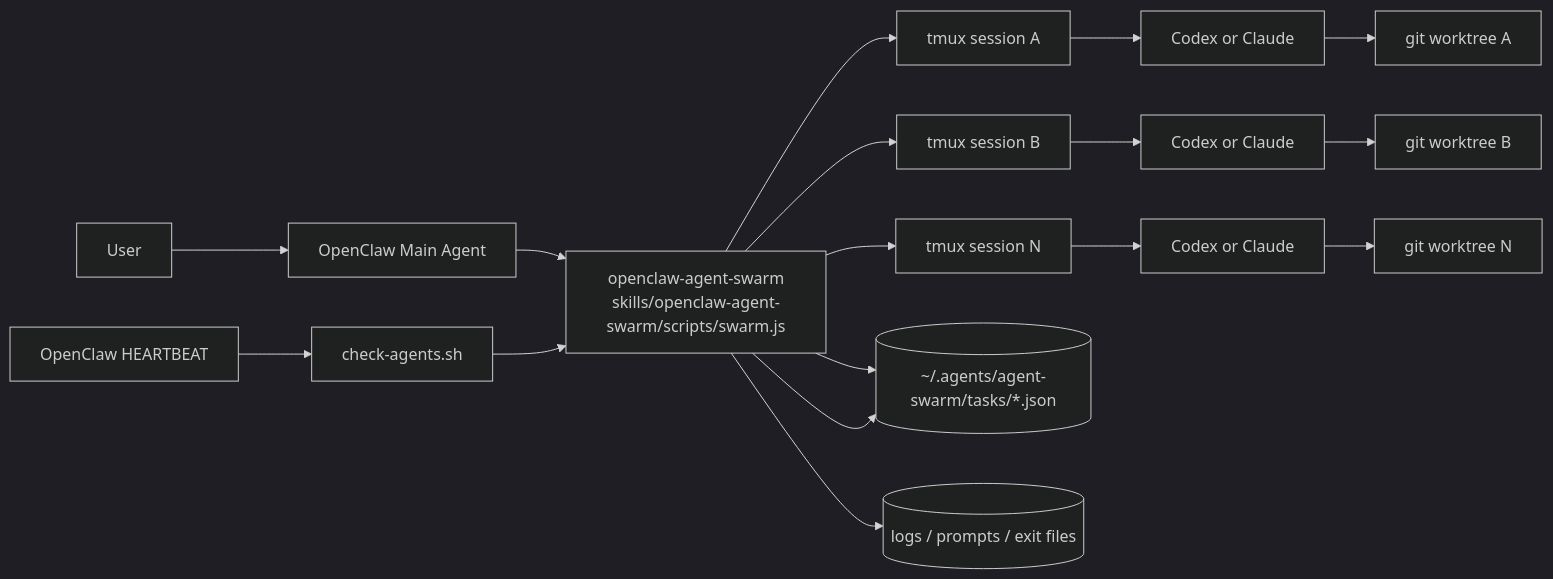
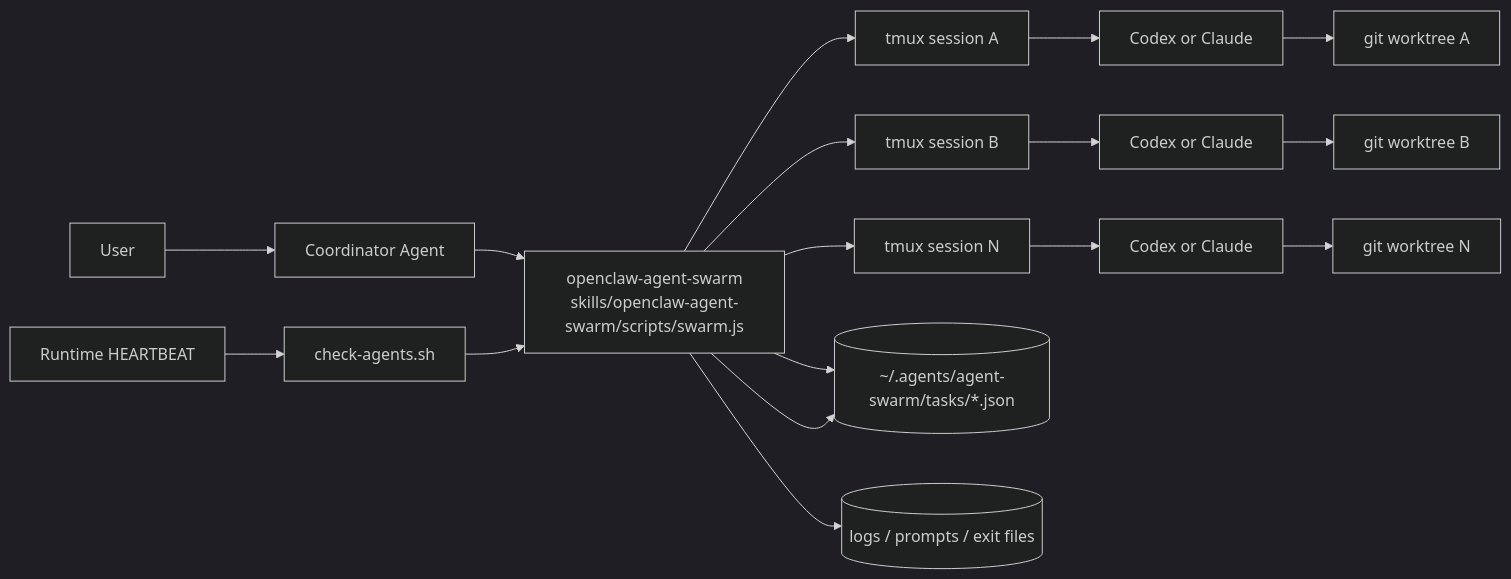
One commit to youzaiAGI/openclaw-agent-swarm-skills changed the first of 2 diagrams in README.md. Above: the diagram before and after it, drawn with Mermaid (dark theme). The commit also changed other lines of this file and 5 other files, not shown here.

````diff
--- a/README.md
+++ b/README.md
@@ -49,24 +49,24 @@
 ```mermaid
 flowchart LR
-    U[User] --> OC[OpenClaw Main Agent]
+    U[User] --> OC[Coordinator Agent]
     OC --> S[openclaw-agent-swarm\nskills/openclaw-agent-swarm/scripts/swarm.js]
 
     S --> T1[tmux session A]
     S --> T2[tmux session B]
     S --> T3[tmux session N]
 
     T1 --> A1[Codex or Claude]
     T2 --> A2[Codex or Claude]
     T3 --> A3[Codex or Claude]
 
     A1 --> W1[git worktree A]
     A2 --> W2[git worktree B]
     A3 --> W3[git worktree N]
 
     S --> R[(~/.agents/agent-swarm/tasks/*.json)]
     S --> L[(logs / prompts / exit files)]
 
-    HB[OpenClaw HEARTBEAT] --> CK[check-agents.sh]
+    HB[Runtime HEARTBEAT] --> CK[check-agents.sh]
     CK --> S
     S --> R
 ```
````
